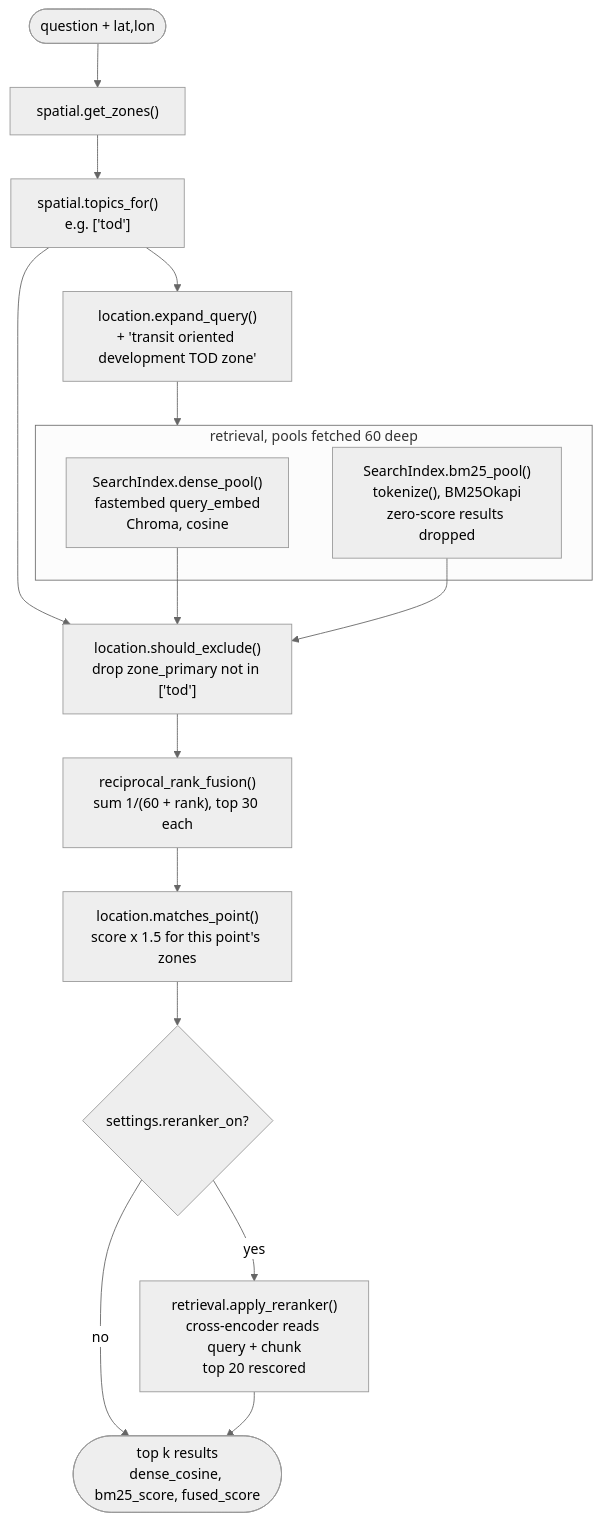
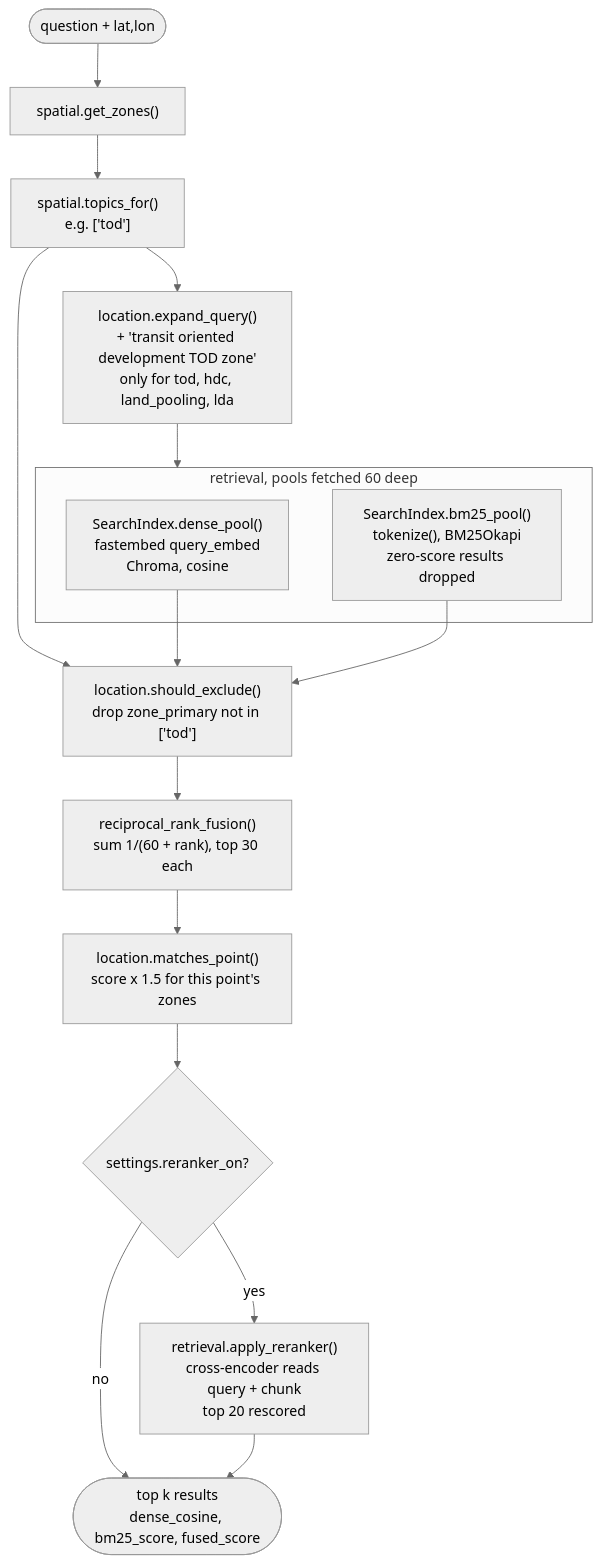
Before and after one commit to dhruv-ship-it/delhi-plan-rag: the third of 7 diagrams in docs/ARCHITECTURE.md, drawn with Mermaid (neutral theme). The commit also changed other lines of this file and 4 other files, not shown here.

First line of the commit message:
docs: architecture, learning notes and reports index for D-086 to D-090

````diff
--- a/docs/ARCHITECTURE.md
+++ b/docs/ARCHITECTURE.md
@@ -132,23 +132,23 @@
 ```mermaid
 flowchart TB
     Q(["question + lat,lon"]) --> ZONES["spatial.get_zones()"]
     ZONES --> TOPICS["spatial.topics_for()<br/>e.g. ['tod']"]
 
-    TOPICS --> EXPAND["location.expand_query()<br/>+ 'transit oriented development TOD zone'"]
+    TOPICS --> EXPAND["location.expand_query()<br/>+ 'transit oriented development TOD zone'<br/>only for tod, hdc, land_pooling, lda"]
     EXPAND --> POOLS
 
     subgraph POOLS["retrieval, pools fetched 60 deep"]
         DP["SearchIndex.dense_pool()<br/>fastembed query_embed<br/>Chroma, cosine"]
         BP["SearchIndex.bm25_pool()<br/>tokenize(), BM25Okapi<br/>zero-score results dropped"]
     end
 
     TOPICS --> EXCL["location.should_exclude()<br/>drop zone_primary not in ['tod']"]
     DP --> EXCL
     BP --> EXCL
     EXCL --> FUSE["reciprocal_rank_fusion()<br/>sum 1/(60 + rank), top 30 each"]
     FUSE --> BOOST["location.matches_point()<br/>score x 1.5 for this point's zones"]
     BOOST --> RR{"settings.reranker_on?"}
     RR -->|no| TOPK(["top k results<br/>dense_cosine, bm25_score, fused_score"])
     RR -->|yes| CROSS["retrieval.apply_reranker()<br/>cross-encoder reads query + chunk<br/>top 20 rescored"]
     CROSS --> TOPK
 ```
````
